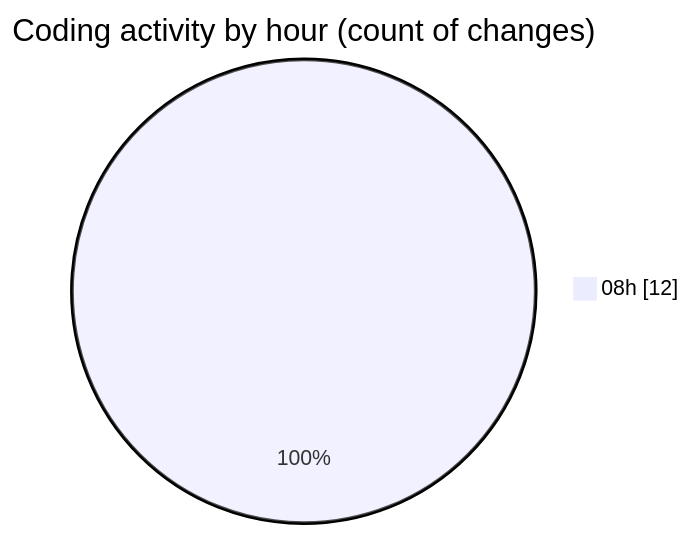
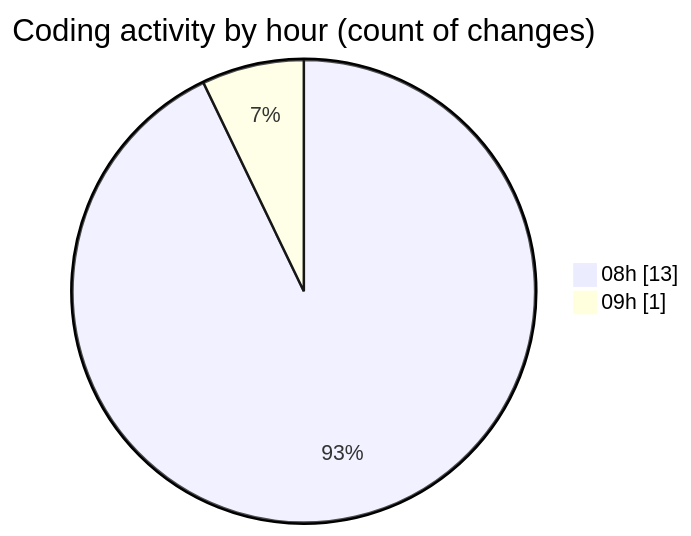
The second of 2 diagrams in 2025-06-21/horizon/README.md (vahidmafi/code-tracking), drawn with Mermaid before and after one commit. The commit also changed other lines of this file and 1 other file, not shown here.

````diff
--- a/2025-06-21/horizon/README.md
+++ b/2025-06-21/horizon/README.md
@@ -28,5 +28,6 @@
 ```mermaid
 pie showData
 title Coding activity by hour (count of changes)
-"08h" : 12
+"08h" : 13
+"09h" : 1
 ```
````
